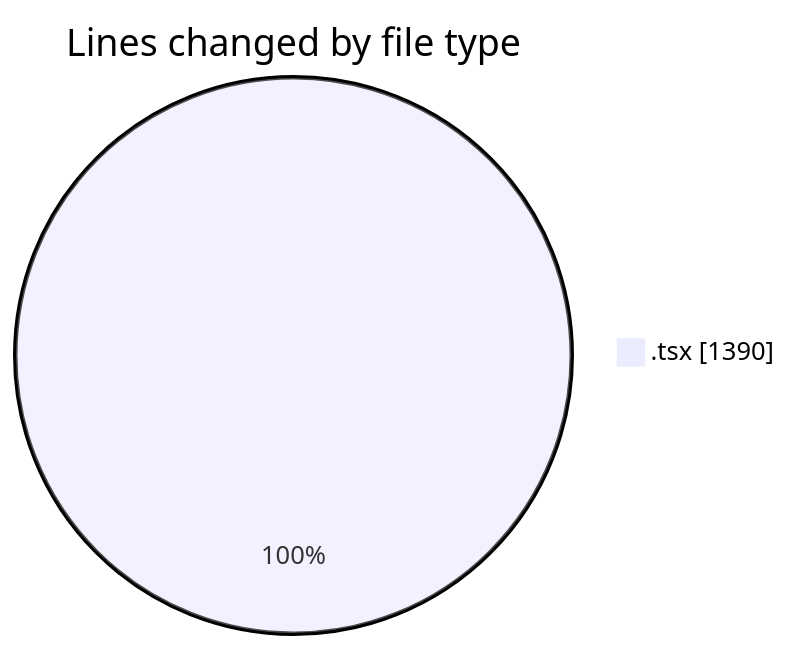
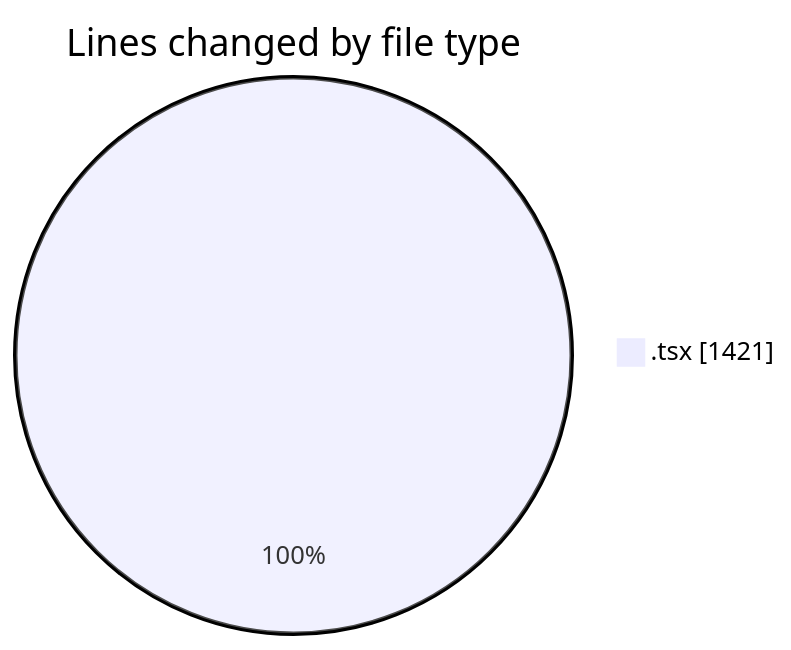
Before and after one commit to nxtqubesakshisongat/code-tracking: the first of 2 diagrams in 2026-02-02/nxtqube_webapp/README.md, drawn with Mermaid. The commit also changed other lines of this file and 1 other file, not shown here.

````diff
--- a/2026-02-02/nxtqube_webapp/README.md
+++ b/2026-02-02/nxtqube_webapp/README.md
@@ -23,5 +23,5 @@
 ```mermaid
 pie showData
 title Lines changed by file type
-".tsx" : 1390
+".tsx" : 1421
 ```
````
